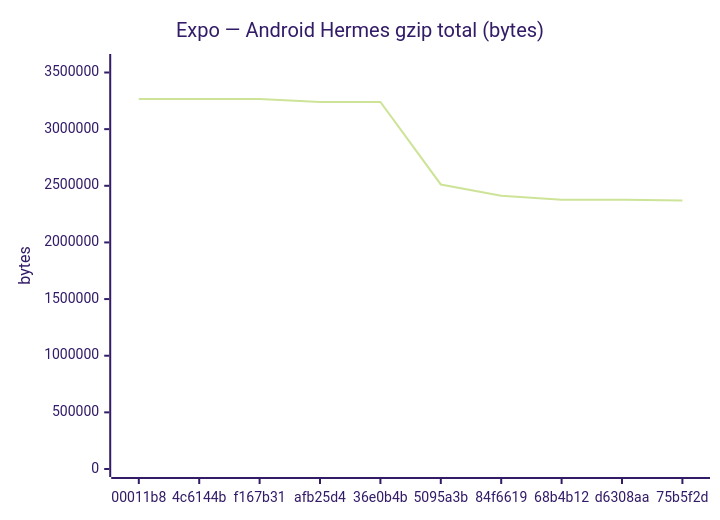
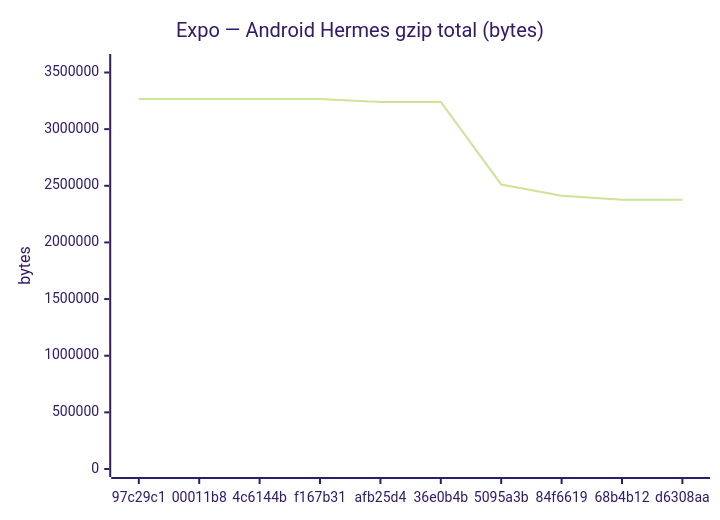
One commit to Metaheurist/Rianell changed the fifth of 18 diagrams in benchmarks/compare.md. Above: the diagram before and after it, drawn with Mermaid (forest theme). The commit also changed other lines of this file and 11 other files, not shown here.

````diff
--- a/benchmarks/compare.md
+++ b/benchmarks/compare.md
@@ -89,7 +89,7 @@
 ```mermaid
 xychart-beta
     title "Expo — Android Hermes gzip total (bytes)"
-    x-axis ["00011b8", "4c6144b", "f167b31", "afb25d4", "36e0b4b", "5095a3b", "84f6619", "68b4b12", "d6308aa", "75b5f2d"]
+    x-axis ["97c29c1", "00011b8", "4c6144b", "f167b31", "afb25d4", "36e0b4b", "5095a3b", "84f6619", "68b4b12", "d6308aa"]
     y-axis "bytes" 0 --> 3592704
-    line [3266094, 3266092, 3266093, 3239886, 3240548, 2511667, 2411913, 2377489, 2377488, 2370632]
+    line [3266092, 3266094, 3266092, 3266093, 3239886, 3240548, 2511667, 2411913, 2377489, 2377488]
 ```
````
